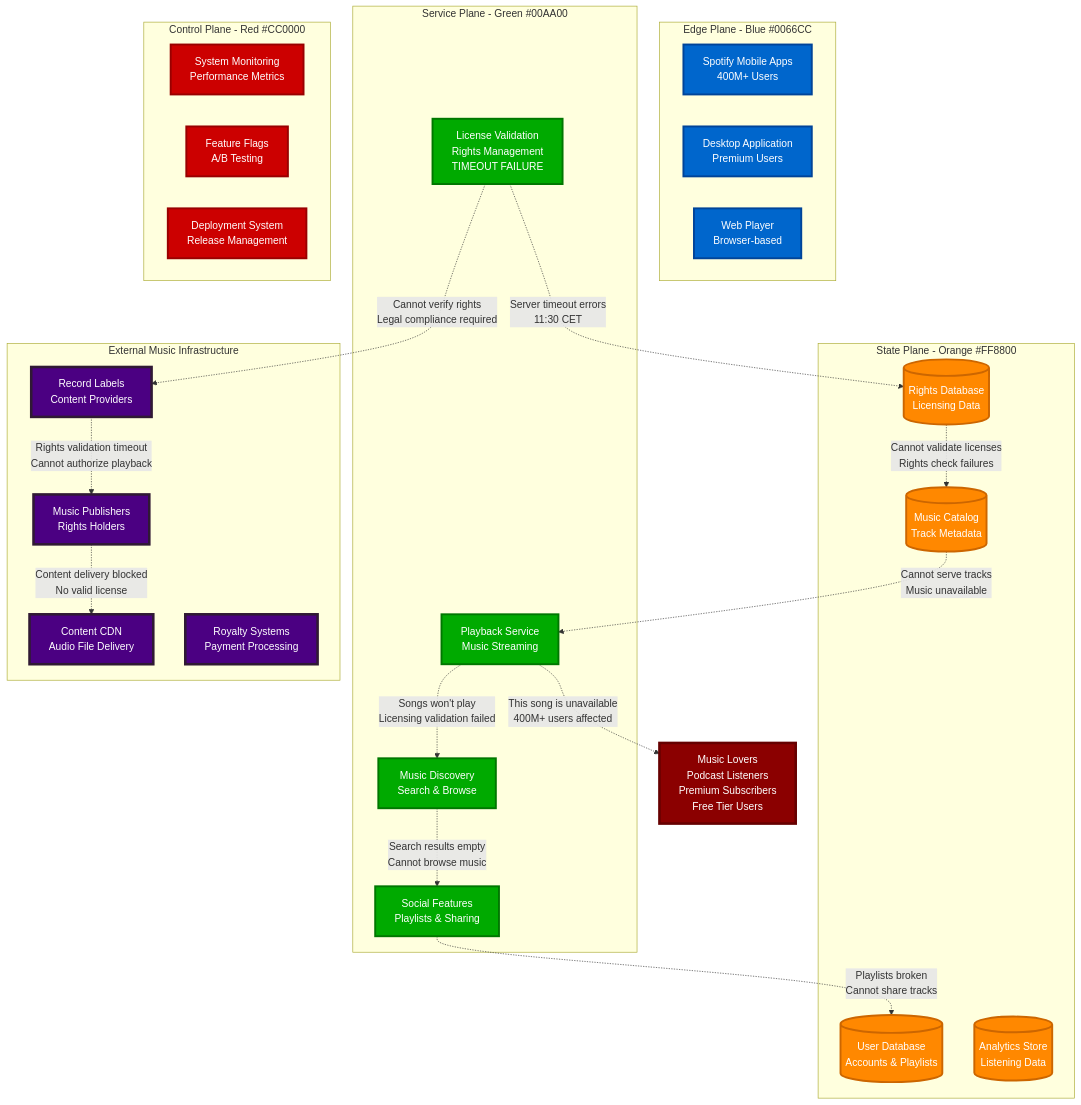
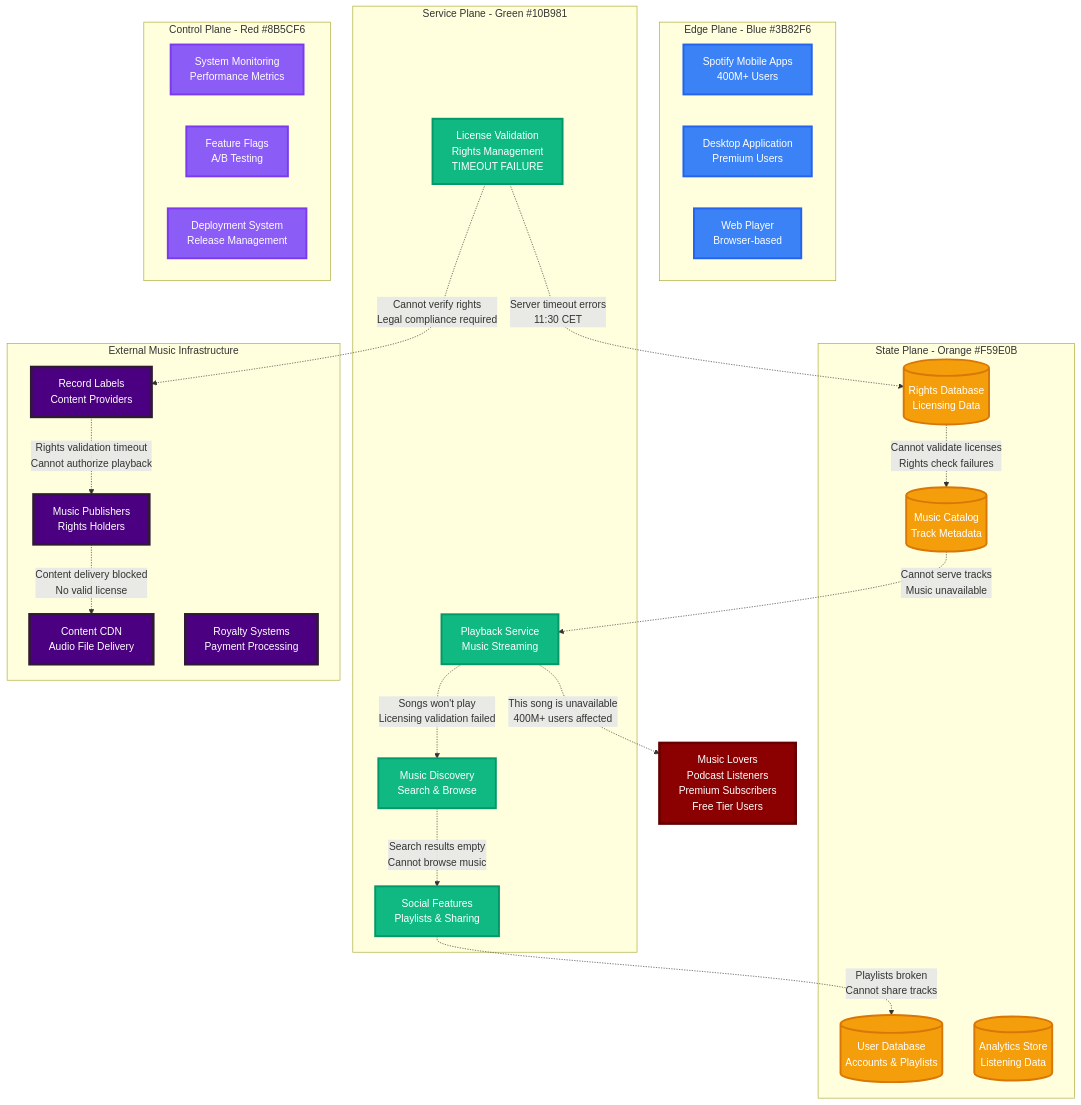
The first of 4 diagrams in site/docs/incidents/spotify-march-2024.md (deepaucksharma/DS), drawn with Mermaid before and after one commit. The commit also changed 303 other files, not shown here.

````diff
--- a/site/docs/incidents/spotify-march-2024.md
+++ b/site/docs/incidents/spotify-march-2024.md
@@ -21,68 +21,68 @@
 ```mermaid
 graph TB
-    subgraph "Edge Plane - Blue #0066CC"
+    subgraph "Edge Plane - Blue #3B82F6"
         MOBILE[Spotify Mobile Apps<br/>400M+ Users]
         DESKTOP[Desktop Application<br/>Premium Users]
         WEB[Web Player<br/>Browser-based]
     end
 
-    subgraph "Service Plane - Green #00AA00"
+    subgraph "Service Plane - Green #10B981"
         PLAYBACK[Playback Service<br/>Music Streaming]
         LICENSE[License Validation<br/>Rights Management<br/>TIMEOUT FAILURE]
         DISCOVERY[Music Discovery<br/>Search & Browse]
         SOCIAL[Social Features<br/>Playlists & Sharing]
     end
 
-    subgraph "State Plane - Orange #FF8800"
+    subgraph "State Plane - Orange #F59E0B"
         CATALOG[(Music Catalog<br/>Track Metadata)]
         RIGHTS[(Rights Database<br/>Licensing Data)]
         USERS[(User Database<br/>Accounts & Playlists)]
         ANALYTICS[(Analytics Store<br/>Listening Data)]
     end
 
-    subgraph "Control Plane - Red #CC0000"
+    subgraph "Control Plane - Red #8B5CF6"
         MONITORING[System Monitoring<br/>Performance Metrics]
         FEATURES[Feature Flags<br/>A/B Testing]
         DEPLOYMENT[Deployment System<br/>Release Management]
     end
 
     subgraph "External Music Infrastructure"
         LABELS[Record Labels<br/>Content Providers]
         PUBLISHERS[Music Publishers<br/>Rights Holders]
         CDN[Content CDN<br/>Audio File Delivery]
         ROYALTY[Royalty Systems<br/>Payment Processing]
     end
 
     %% License server failure cascade
     LICENSE -.->|Server timeout errors<br/>11:30 CET| RIGHTS
     RIGHTS -.->|Cannot validate licenses<br/>Rights check failures| CATALOG
     CATALOG -.->|Cannot serve tracks<br/>Music unavailable| PLAYBACK
 
     %% Service impact cascade
     PLAYBACK -.->|Songs won't play<br/>Licensing validation failed| DISCOVERY
     DISCOVERY -.->|Search results empty<br/>Cannot browse music| SOCIAL
     SOCIAL -.->|Playlists broken<br/>Cannot share tracks| USERS
 
     %% External dependencies
     LICENSE -.->|Cannot verify rights<br/>Legal compliance required| LABELS
     LABELS -.->|Rights validation timeout<br/>Cannot authorize playback| PUBLISHERS
     PUBLISHERS -.->|Content delivery blocked<br/>No valid license| CDN
 
     %% Customer impact
     PLAYBACK -.->|"This song is unavailable"<br/>400M+ users affected| LISTENERS[Music Lovers<br/>Podcast Listeners<br/>Premium Subscribers<br/>Free Tier Users]
 
     %% Apply four-plane colors
-    classDef edgeStyle fill:#0066CC,stroke:#004499,color:#fff,stroke-width:3px
-    classDef serviceStyle fill:#00AA00,stroke:#007700,color:#fff,stroke-width:3px
-    classDef stateStyle fill:#FF8800,stroke:#CC6600,color:#fff,stroke-width:3px
-    classDef controlStyle fill:#CC0000,stroke:#990000,color:#fff,stroke-width:3px
+    classDef edgeStyle fill:#3B82F6,stroke:#2563EB,color:#fff,stroke-width:3px
+    classDef serviceStyle fill:#10B981,stroke:#059669,color:#fff,stroke-width:3px
+    classDef stateStyle fill:#F59E0B,stroke:#D97706,color:#fff,stroke-width:3px
+    classDef controlStyle fill:#8B5CF6,stroke:#7C3AED,color:#fff,stroke-width:3px
     classDef musicStyle fill:#4B0082,stroke:#301934,color:#fff,stroke-width:4px
     classDef impactStyle fill:#8B0000,stroke:#660000,color:#fff,stroke-width:4px
 
     class MOBILE,DESKTOP,WEB edgeStyle
     class PLAYBACK,LICENSE,DISCOVERY,SOCIAL serviceStyle
     class CATALOG,RIGHTS,USERS,ANALYTICS stateStyle
     class MONITORING,FEATURES,DEPLOYMENT controlStyle
     class LABELS,PUBLISHERS,CDN,ROYALTY musicStyle
     class LISTENERS impactStyle
 ```
````
